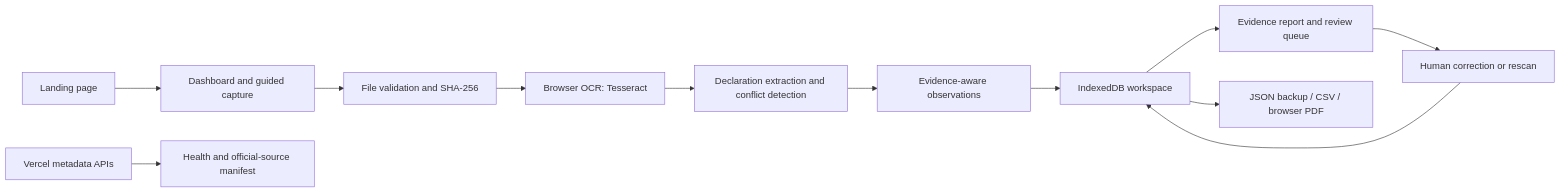
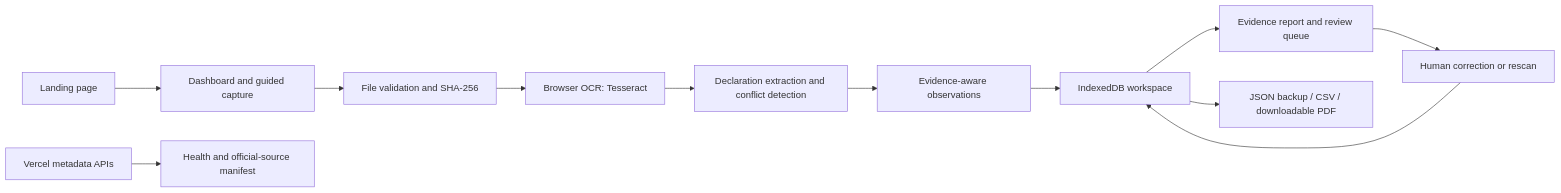
One commit to codexanjan/labelpoof changed the diagram in README.md. Above: the diagram before and after it, drawn with Mermaid. The commit also changed other lines of this file and 27 other files, not shown here.

````diff
--- a/README.md
+++ b/README.md
@@ -173,14 +184,14 @@
 ```mermaid
 flowchart LR
     A[Landing page] --> B[Dashboard and guided capture]
     B --> C[File validation and SHA-256]
     C --> D[Browser OCR: Tesseract]
     D --> E[Declaration extraction and conflict detection]
     E --> F[Evidence-aware observations]
     F --> G[IndexedDB workspace]
     G --> H[Evidence report and review queue]
     H --> I[Human correction or rescan]
     I --> G
-    G --> J[JSON backup / CSV / browser PDF]
+    G --> J[JSON backup / CSV / downloadable PDF]
     K[Vercel metadata APIs] --> L[Health and official-source manifest]
 ```
````
